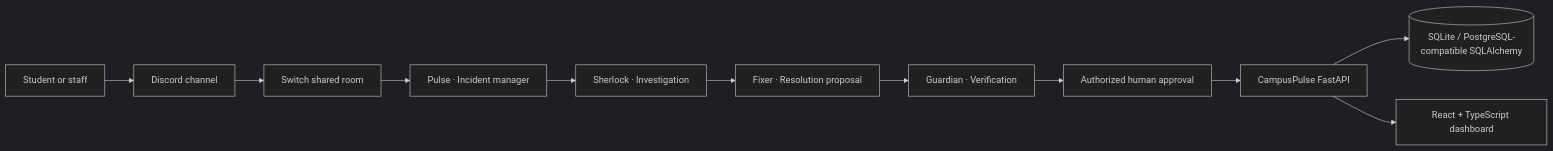
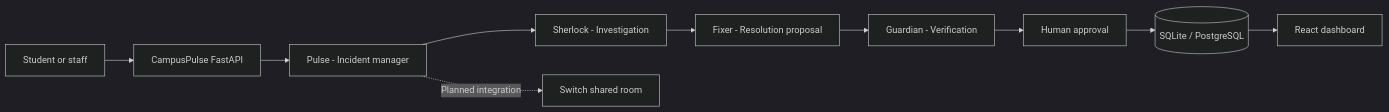
The diagram in README.md (MopuruRoshini/CampusPulse-AI), drawn with Mermaid (dark theme) before and after one commit. The commit also changed other lines of this file, not shown here.

Commit message:
Fix and consolidate architecture documentation

````diff
--- a/README.md
+++ b/README.md
@@ -22,13 +26,12 @@
 ```mermaid
 flowchart LR
-  Student[Student or staff] --> Discord[Discord channel]
-  Discord --> Switch[Switch shared room]
-  Switch --> Pulse[Pulse · Incident manager]
-  Pulse --> Sherlock[Sherlock · Investigation]
-  Sherlock --> Fixer[Fixer · Resolution proposal]
-  Fixer --> Guardian[Guardian · Verification]
-  Guardian --> Human[Authorized human approval]
-  Human --> API[CampusPulse FastAPI]
-  API --> DB[(SQLite / PostgreSQL-compatible SQLAlchemy)]
-  API --> UI[React + TypeScript dashboard]
+  Student[Student or staff] --> API[CampusPulse FastAPI]
+  API --> Pulse[Pulse - Incident manager]
+  Pulse --> Sherlock[Sherlock - Investigation]
+  Sherlock --> Fixer[Fixer - Resolution proposal]
+  Fixer --> Guardian[Guardian - Verification]
+  Guardian --> Human[Human approval]
+  Human --> DB[(SQLite / PostgreSQL)]
+  DB --> UI[React dashboard]
+  Pulse -. Planned integration .-> Switch[Switch shared room]
 ```
````
